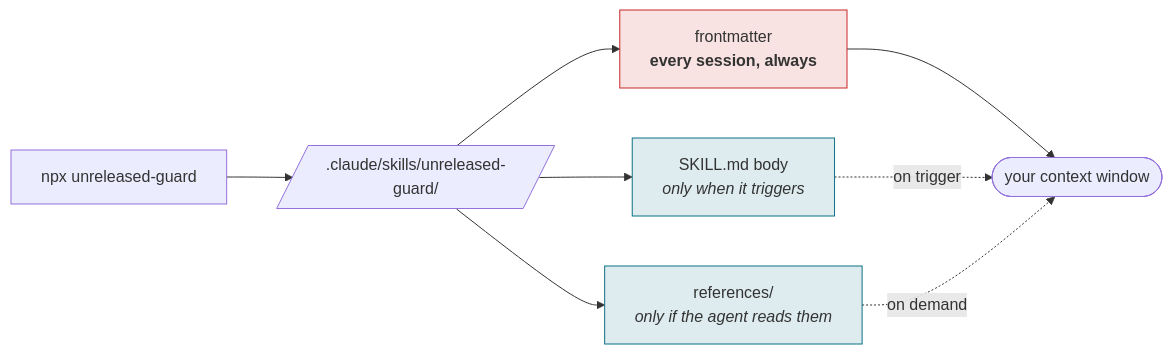
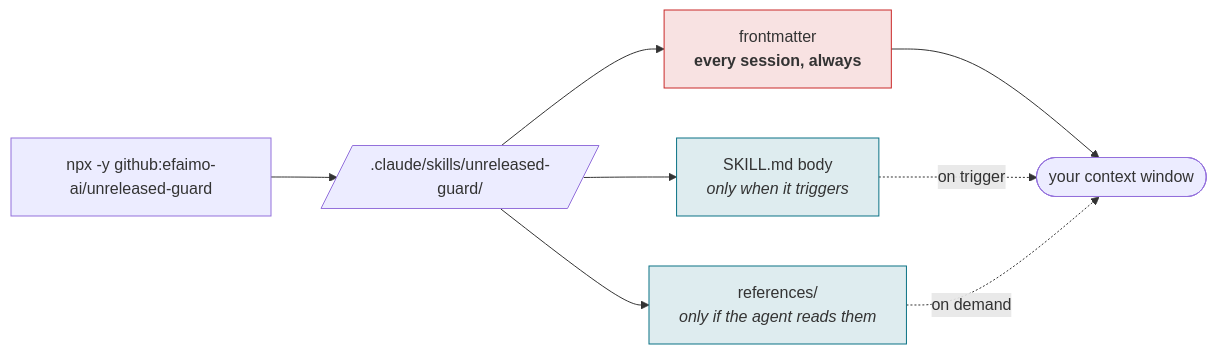
One commit to efaimo-ai/unreleased-guard changed the second of 3 diagrams in README.md. Above: the diagram before and after it, drawn with Mermaid. The commit also changed other lines of this file and 1 other file, not shown here.

````diff
--- a/README.md
+++ b/README.md
@@ -113,14 +124,14 @@
 ```mermaid
 flowchart LR
-    N["npx unreleased-guard"] --> D[/".claude/skills/unreleased-guard/"/]
+    N["npx -y github:efaimo-ai/unreleased-guard"] --> D[/".claude/skills/unreleased-guard/"/]
     D --> M["frontmatter<br/><b>every session, always</b>"]
     D --> B["SKILL.md body<br/><i>only when it triggers</i>"]
     D --> R["references/<br/><i>only if the agent reads them</i>"]
     M --> S(["your context window"])
     B -.->|"on trigger"| S
     R -.->|"on demand"| S
     classDef always fill:#c9282822,stroke:#c92828,stroke-width:1px;
     classDef lazy fill:#0b728522,stroke:#0b7285,stroke-width:1px;
     class M always;
     class B,R lazy;
 ```
````
